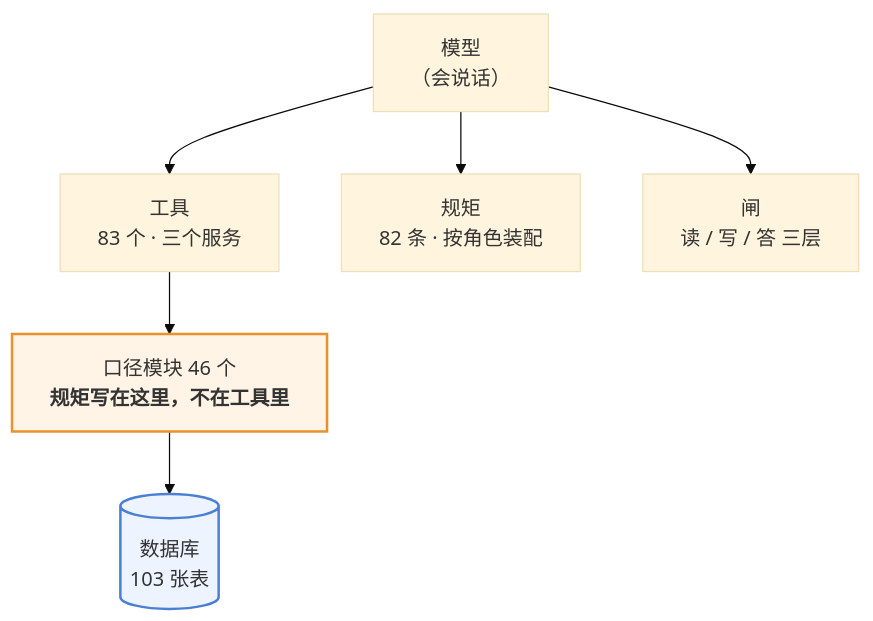
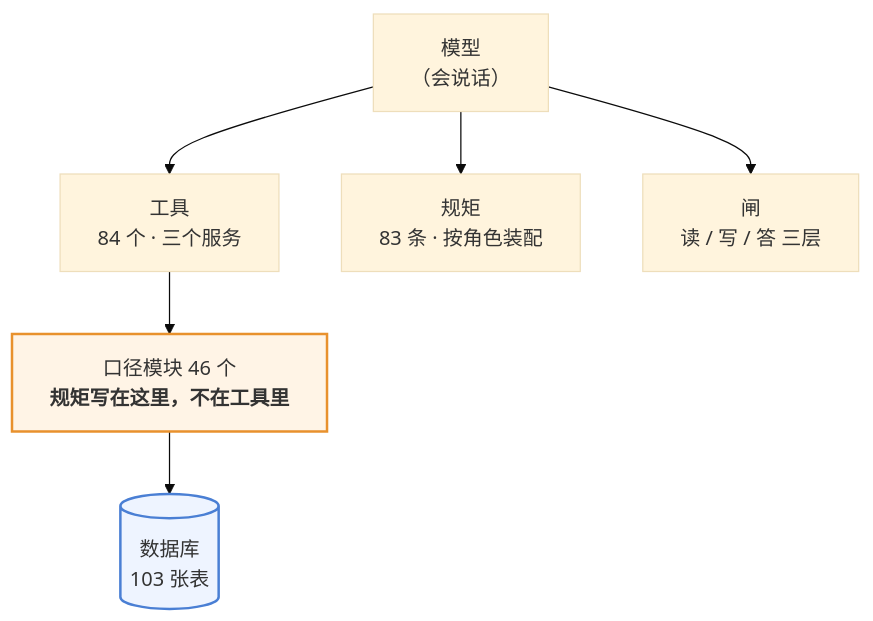
One commit to 843773296-rgb/lanxiu-yunshang-agent changed the first of 3 diagrams in 澜绣云裳agent-产品说明.md. Above: the diagram before and after it, drawn with Mermaid (base theme). The commit also changed other lines of this file and 11 other files, not shown here.

````diff
--- a/澜绣云裳agent-产品说明.md
+++ b/澜绣云裳agent-产品说明.md
@@ -62,12 +62,12 @@
 ```mermaid
 flowchart TD
     M["模型<br/>（会说话）"]
-    M --> T["工具<br/>83 个 · 三个服务"]
-    M --> R["规矩<br/>82 条 · 按角色装配"]
+    M --> T["工具<br/>84 个 · 三个服务"]
+    M --> R["规矩<br/>83 条 · 按角色装配"]
     M --> G["闸<br/>读 / 写 / 答 三层"]
     T --> K["口径模块 46 个<br/><b>规矩写在这里，不在工具里</b>"]
     K --> DB[("数据库<br/>103 张表")]
 
     style K fill:#fff4e6,stroke:#e8912d,stroke-width:2px
     style DB fill:#eef4ff,stroke:#4a7fd4,stroke-width:2px
 ```
````
